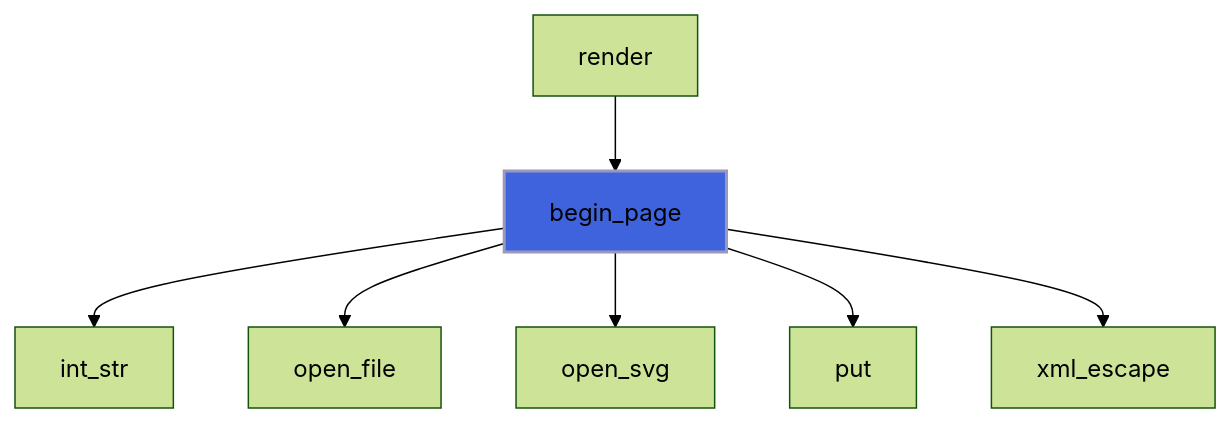
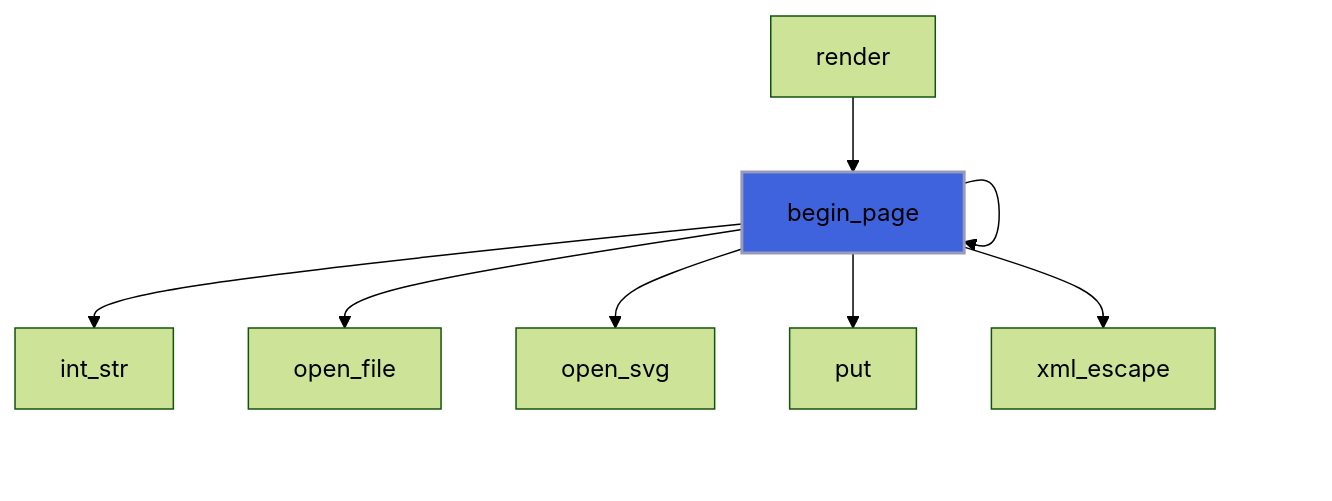
The third of 4 diagrams in docs/api/src/lib/foresight_backend_html.md (szaghi/foresight), drawn with Mermaid (forest theme) before and after one commit. The commit also changed 97 other files, not shown here.

````diff
--- a/docs/api/src/lib/foresight_backend_html.md
+++ b/docs/api/src/lib/foresight_backend_html.md
@@ -99,10 +99,11 @@
 ```mermaid
 flowchart TD
+  begin_page["begin_page"] --> begin_page["begin_page"]
   render["render"] --> begin_page["begin_page"]
   begin_page["begin_page"] --> int_str["int_str"]
   begin_page["begin_page"] --> open_file["open_file"]
   begin_page["begin_page"] --> open_svg["open_svg"]
   begin_page["begin_page"] --> put["put"]
   begin_page["begin_page"] --> xml_escape["xml_escape"]
   style begin_page fill:#3e63dd,stroke:#99b,stroke-width:2px
 ```
````
